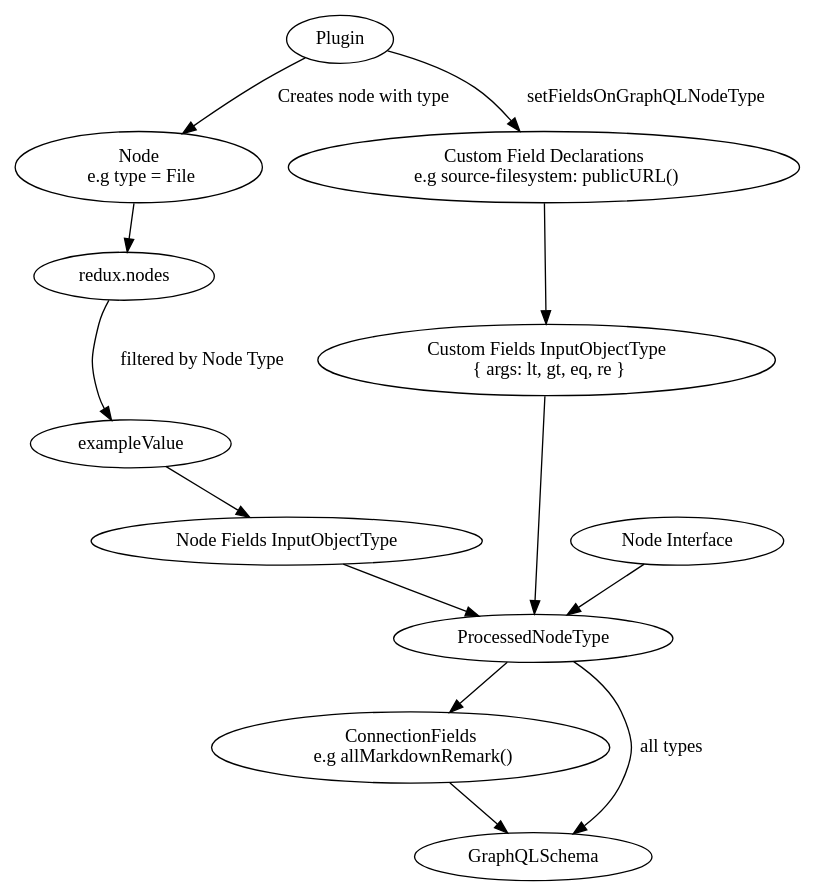
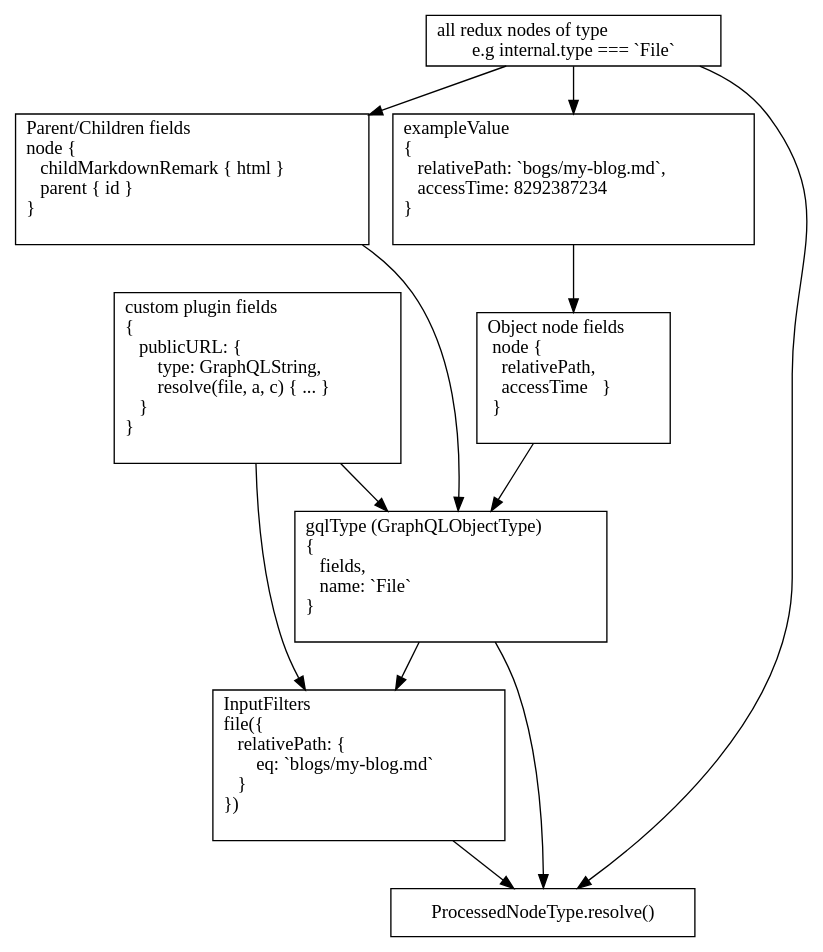
One commit to gatsbyjs/gatsby changed the diagram in docs/docs/schema-generation-behind-the-scenes.md. Above: the diagram before and after it, drawn with Graphviz. The commit also changed other lines of this file and 4 other files, not shown here.

Commit message:
in depth schema docs

````diff
--- a/docs/docs/schema-generation-behind-the-scenes.md
+++ b/docs/docs/schema-generation-behind-the-scenes.md
@@ -11,27 +17,24 @@
 ```dot
 digraph graphname {
-  "Node" [ label = "Node
-  e.g type = File" ];
-  "rnodes" [ label = "redux.nodes" ];
-  "cfd" [ label = "Custom Field Declarations
-  e.g source-filesystem: publicURL()" ];
-  "cfiot" [ label = "Custom Fields InputObjectType
-  { args: lt, gt, eq, re }" ];
-  "cf" [ label = "ConnectionFields
-  e.g allMarkdownRemark()" ];
-  "nfiot" [ label = "Node Fields InputObjectType" ];
-  "pt" [ label = "ProcessedNodeType" ];
-  "Plugin" -> "Node" [ label = "Creates node with type" ];
-  "Node" -> "rnodes";
-  "rnodes" -> "exampleValue" [ label = "filtered by Node Type" ];
-  "exampleValue" -> "nfiot";
-  "Plugin" -> "cfd" [ label = "setFieldsOnGraphQLNodeType" ];
-  "cfd" -> "cfiot";
-  "nfiot" -> "pt";
-  "cfiot" -> "pt";
-  "Node Interface" -> "pt";
-  "pt" -> "cf";
-  "pt" -> "GraphQLSchema" [ label = "all types" ];
-  "cf" -> "GraphQLSchema";
+  "pluginFields" [ label = "custom plugin fields\l{\l    publicURL: {\l        type: GraphQLString,\l        resolve(file, a, c) { ... }\l    }\l}\l ", shape = box ];
+  "typeNodes" [ label = "all redux nodes of type\le.g internal.type === `File`", shape = "box" ];
+  "exampleValue" [ label = "exampleValue\l{\l    relativePath: `bogs/my-blog.md`,\l    accessTime: 8292387234\l}\l ", shape = "box" ];
+  "resolve" [ label = "ProcessedNodeType.resolve()", shape = box ];
+  "gqlType" [ label = "gqlType (GraphQLObjectType)\l{\l    fields,\l    name: `File`\l}\l ", shape = box ];
+  "parentChild" [ label = "Parent/Children fields\lnode {\l    childMarkdownRemark { html }\l    parent { id }\l}\l ", shape = "box" ];
+  "objectFields" [ label = "Object node fields\l  node {\l    relativePath,\l    accessTime   }\l  }\l  ", shape = "box" ];
+  "inputFilters" [ label = "InputFilters\lfile({\l    relativePath: {\l        eq: `blogs/my-blog.md`\l    }\l})\l ", shape = box ]
+
+  "pluginFields" -> "inputFilters";
+  "pluginFields" -> "gqlType";
+  "objectFields" -> "gqlType";
+  "parentChild" -> "gqlType"
+  "gqlType" -> "inputFilters";
+  "typeNodes" -> "exampleValue";
+  "typeNodes" -> "parentChild";
+  "typeNodes" -> "resolve";
+  "exampleValue" -> "objectFields";
+  "inputFilters" -> "resolve";
+  "gqlType" -> "resolve";
 }
 ```
````
